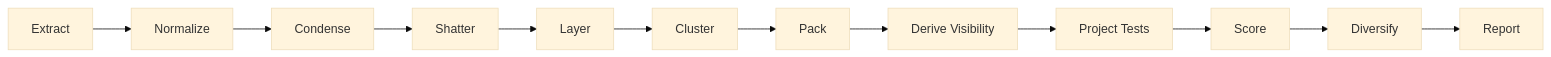
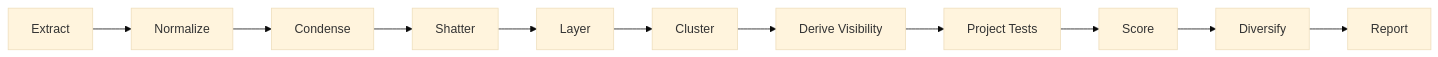
One commit to theriety/strata changed the third of 3 diagrams in docs/architecture/overview.md. Above: the diagram before and after it, drawn with Mermaid (base theme). The commit also changed other lines of this file and 28 other files, not shown here.

````diff
--- a/docs/architecture/overview.md
+++ b/docs/architecture/overview.md
@@ -111,14 +111,13 @@
 ```mermaid
 flowchart LR
     extract[Extract] --> normalize[Normalize]
     normalize --> condense[Condense]
     condense --> shatter[Shatter]
     shatter --> layer[Layer]
     layer --> cluster[Cluster]
-    cluster --> pack[Pack]
-    pack --> visibility[Derive Visibility]
+    cluster --> visibility[Derive Visibility]
     visibility --> project[Project Tests]
     project --> score[Score]
     score --> diversify[Diversify]
     diversify --> report[Report]
 ```
````
